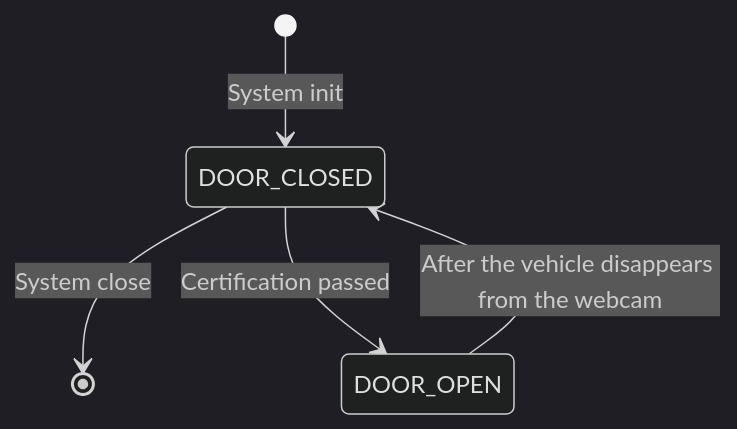
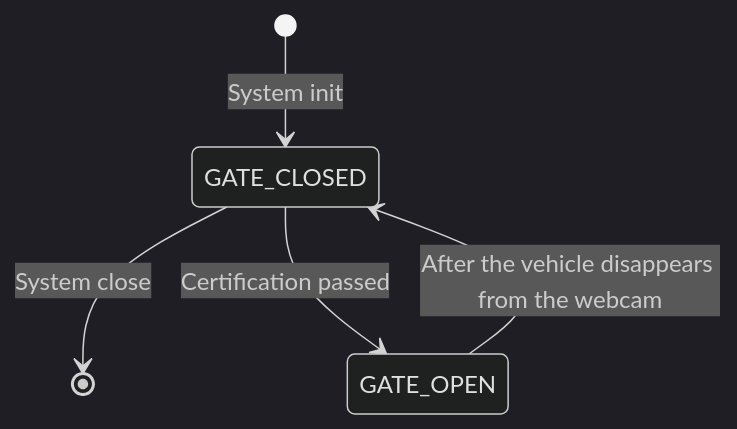
The second of 3 diagrams in software_structure.md (Xiaoyang-Lyu/y2_project), drawn with Mermaid (dark theme) before and after one commit.

Commit message:
update structure

````diff
--- a/software_structure.md
+++ b/software_structure.md
@@ -168,15 +168,15 @@
 ```mermaid
 stateDiagram
 
-DOOR_CLOSED
-DOOR_OPEN
+GATE_CLOSED
+GATE_OPEN
 
-[*] --> DOOR_CLOSED: System init
-DOOR_CLOSED --> [*]: System close
-DOOR_CLOSED --> DOOR_OPEN: Certification passed
-DOOR_OPEN --> DOOR_CLOSED: After the vehicle disappears from the webcam
+[*] --> GATE_CLOSED: System init
+GATE_CLOSED --> [*]: System close
+GATE_CLOSED --> GATE_OPEN: Certification passed
+GATE_OPEN --> GATE_CLOSED: After the vehicle disappears from the webcam
 
 
 
 
 ```
````
